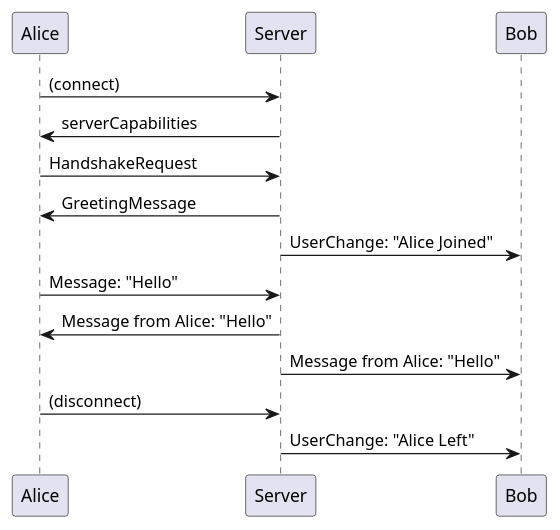
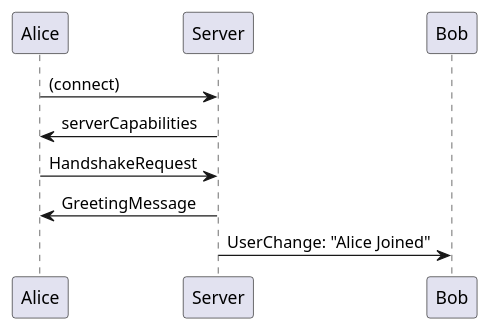
The first of 2 diagrams in README.md (ksmonkey123/netcode), drawn with PlantUML before and after one commit. The commit also changed other lines of this file, not shown here.

````diff
--- a/README.md
+++ b/README.md
@@ -19,12 +22,7 @@
 ```plantuml
 Alice->Server: (connect)
 Server->Alice: serverCapabilities
 Alice->Server: HandshakeRequest
 Server->Alice: GreetingMessage
 Server->Bob: UserChange: "Alice Joined"
-Alice->Server: Message: "Hello"
-Server->Alice: Message from Alice: "Hello"
-Server->Bob: Message from Alice: "Hello"
-Alice->Server: (disconnect)
-Server->Bob: UserChange: "Alice Left"
 ```
````
